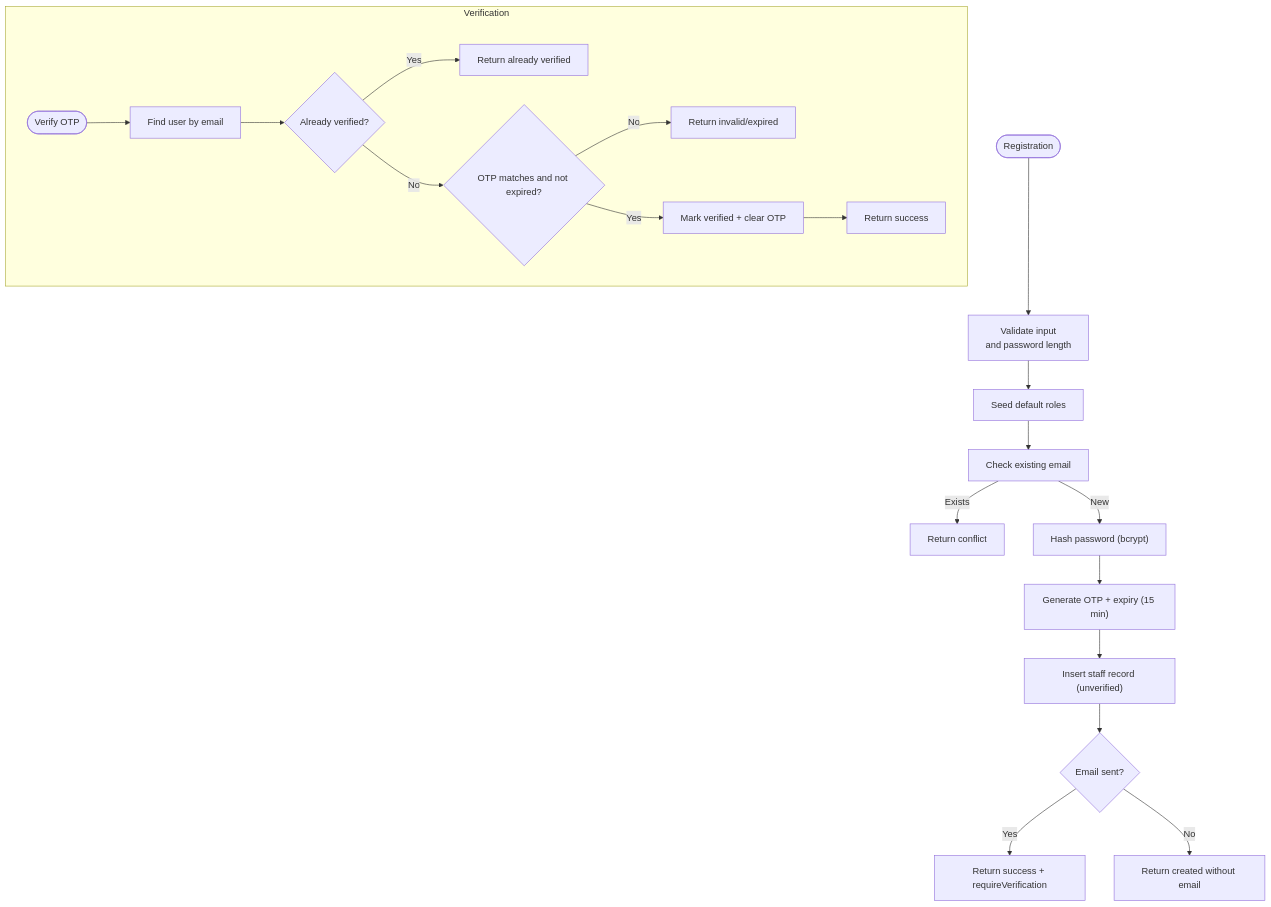
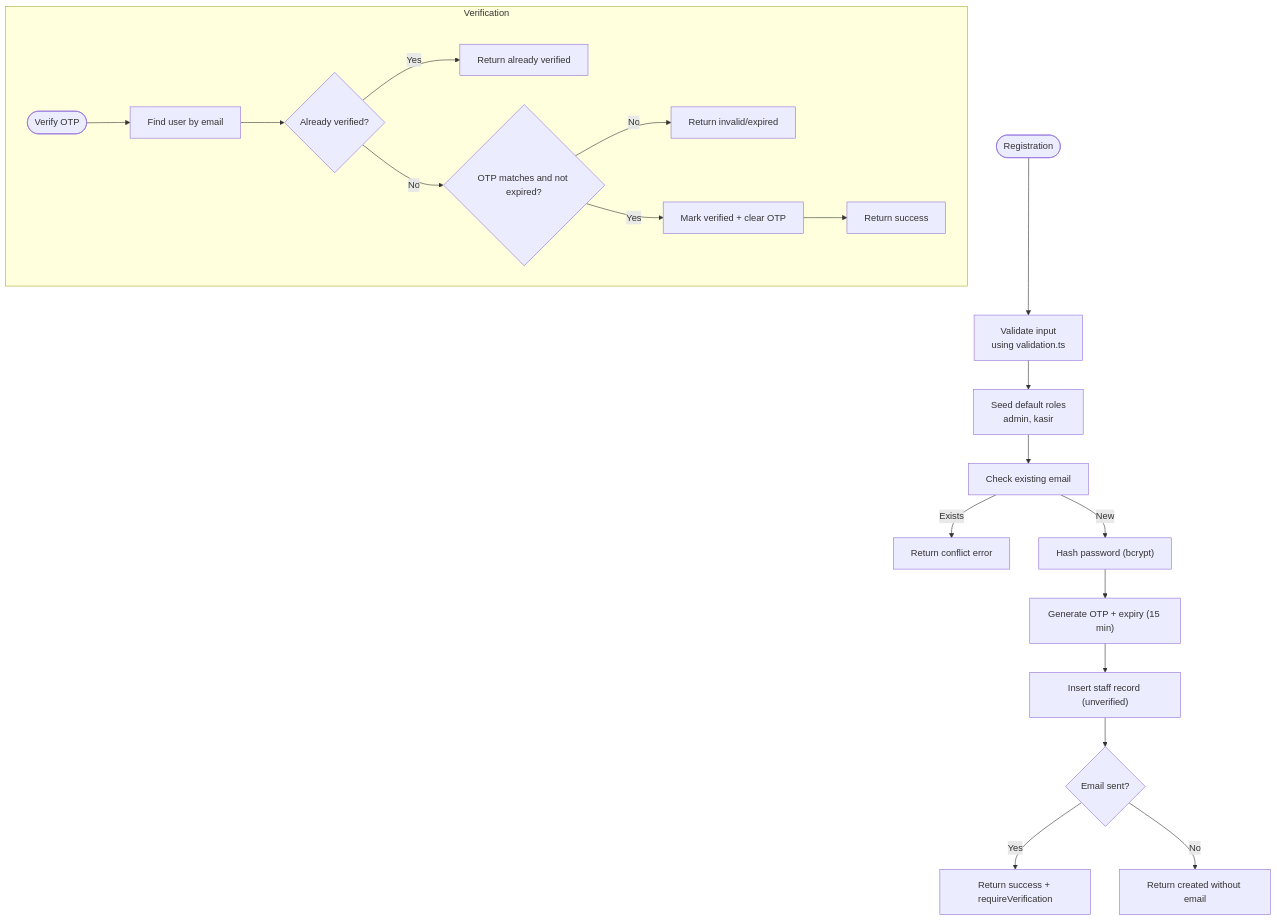
One commit to riod94/ngepos changed the fourth of 8 diagrams in .qoder/repowiki/en/content/Authentication & Authorization.md. Above: the diagram before and after it, drawn with Mermaid. The commit also changed other lines of this file and 51 other files, not shown here.

````diff
--- a/.qoder/repowiki/en/content/Authentication & Authorization.md
+++ b/.qoder/repowiki/en/content/Authentication & Authorization.md
@@ -229,22 +267,22 @@
 ```mermaid
 flowchart TD
-Start(["Registration"]) --> Validate["Validate input<br/>and password length"]
-Validate --> SeedRoles["Seed default roles"]
+Start(["Registration"]) --> Validate["Validate input<br/>using validation.ts"]
+Validate --> SeedRoles["Seed default roles<br/>admin, kasir"]
 SeedRoles --> CheckDup["Check existing email"]
-CheckDup --> |Exists| Conflict["Return conflict"]
+CheckDup --> |Exists| Conflict["Return conflict error"]
 CheckDup --> |New| HashPwd["Hash password (bcrypt)"]
 HashPwd --> GenOTP["Generate OTP + expiry (15 min)"]
 GenOTP --> Insert["Insert staff record (unverified)"]
 Insert --> TryMail{"Email sent?"}
 TryMail --> |Yes| DoneReg["Return success + requireVerification"]
 TryMail --> |No| Fallback["Return created without email"]
 subgraph "Verification"
 VStart(["Verify OTP"]) --> Lookup["Find user by email"]
 Lookup --> Already{"Already verified?"}
 Already --> |Yes| AlreadyMsg["Return already verified"]
 Already --> |No| OtpValid{"OTP matches and not expired?"}
 OtpValid --> |No| Fail["Return invalid/expired"]
 OtpValid --> |Yes| Mark["Mark verified + clear OTP"]
 Mark --> VDone["Return success"]
 end
 ```
````
